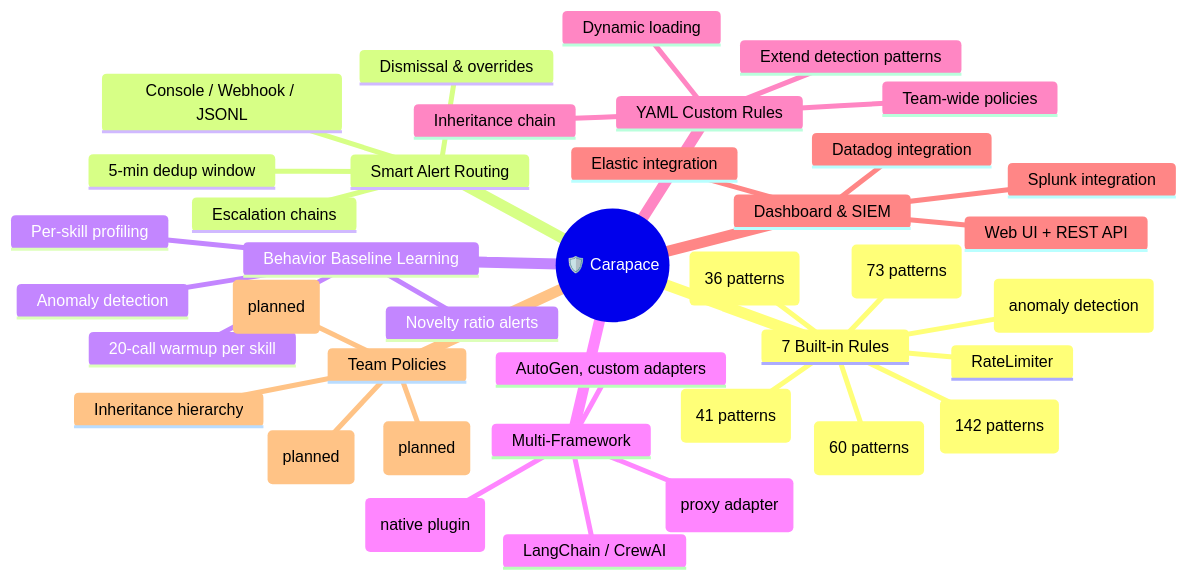
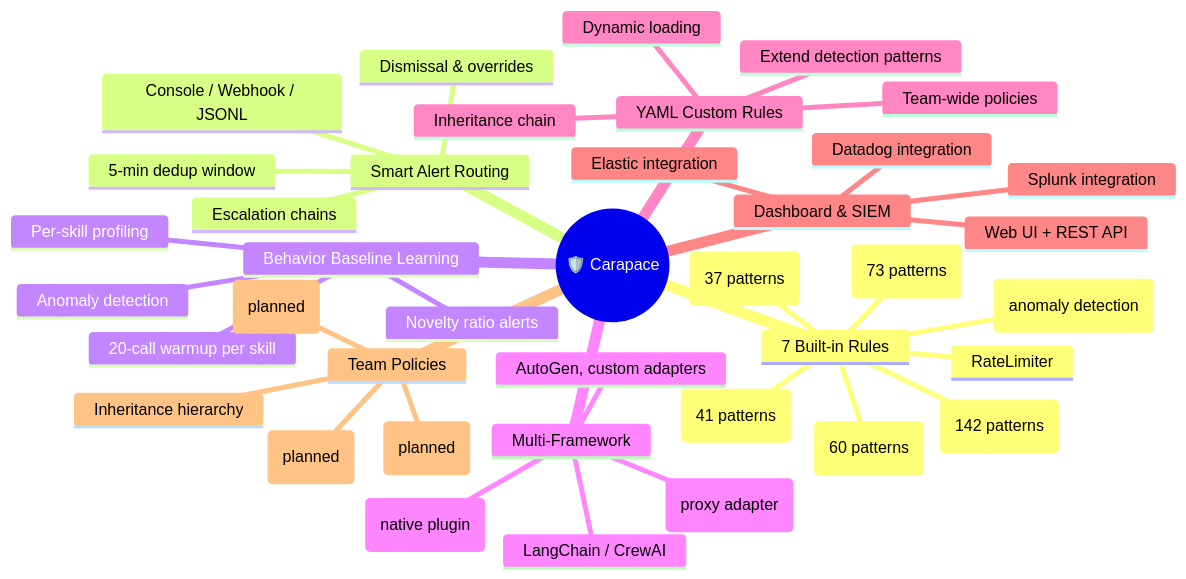
One commit to yeasy/carapace changed the first of 4 diagrams in README.md. Above: the diagram before and after it, drawn with Mermaid. The commit also changed other lines of this file and 2 other files, not shown here.

````diff
--- a/README.md
+++ b/README.md
@@ -70,42 +70,42 @@
 ```mermaid
 mindmap
   root((🛡️ Carapace))
     7 Built-in Rules
       ExecGuard (142 patterns)
       PathGuard (73 patterns)
       NetworkGuard (41 patterns)
       RateLimiter
-      PromptInjection (36 patterns)
+      PromptInjection (37 patterns)
       DataExfil (60 patterns)
       BaselineDrift (anomaly detection)
     Smart Alert Routing
       5-min dedup window
       Escalation chains
       Dismissal & overrides
       Console / Webhook / JSONL
     Behavior Baseline Learning
       20-call warmup per skill
       Per-skill profiling
       Anomaly detection
       Novelty ratio alerts
     Multi-Framework
       OpenClaw (native plugin)
       MCP (proxy adapter)
       LangChain / CrewAI
       AutoGen, custom adapters
     YAML Custom Rules
       Extend detection patterns
       Team-wide policies
       Inheritance chain
       Dynamic loading
     Dashboard & SIEM
       Web UI + REST API
       Splunk integration
       Elastic integration
       Datadog integration
     Team Policies
       Inheritance hierarchy
       Role-based access (planned)
       Policy versioning (planned)
       Audit logging (planned)
 ```
````
